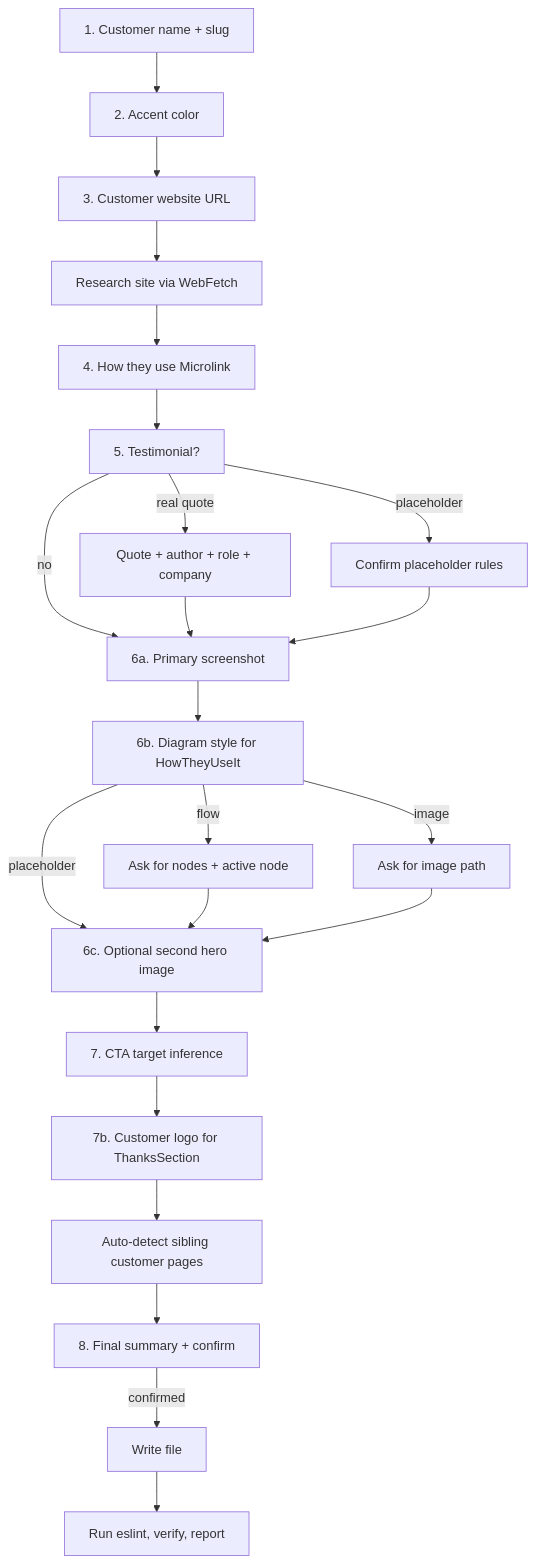
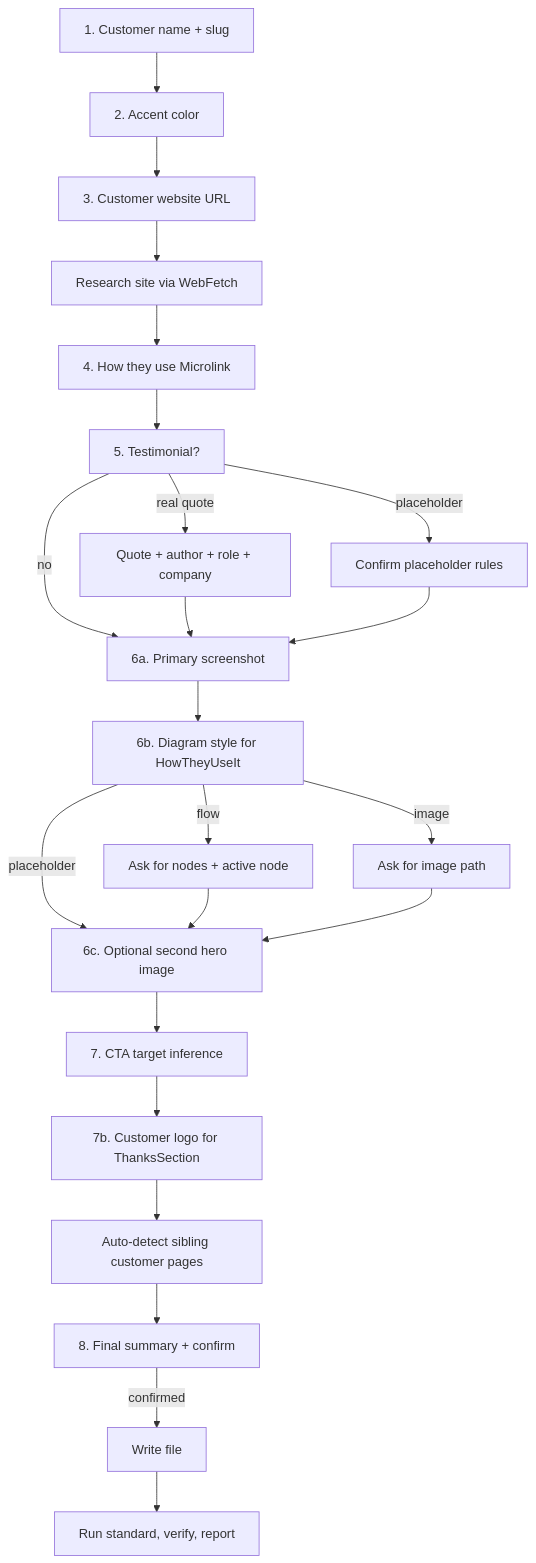
The diagram in .cursor/skills/customer-story/SKILL.md (microlinkhq/www), drawn with Mermaid before and after one commit. The commit also changed other lines of this file and 2 other files, not shown here.

````diff
--- a/.cursor/skills/customer-story/SKILL.md
+++ b/.cursor/skills/customer-story/SKILL.md
@@ -100,25 +100,25 @@
 ```mermaid
 flowchart TD
     Q1[1. Customer name + slug] --> Q2[2. Accent color]
     Q2 --> Q3[3. Customer website URL]
     Q3 --> R1["Research site via WebFetch"]
     R1 --> Q4[4. How they use Microlink]
     Q4 --> Q5["5. Testimonial?"]
     Q5 -->|real quote| Q5a[Quote + author + role + company]
     Q5 -->|placeholder| Q5b[Confirm placeholder rules]
     Q5 -->|no| Q6
     Q5a --> Q6
     Q5b --> Q6
     Q6[6a. Primary screenshot] --> Q6b[6b. Diagram style for HowTheyUseIt]
     Q6b -->|flow| Q6c[Ask for nodes + active node]
     Q6b -->|image| Q6d[Ask for image path]
     Q6b -->|placeholder| Q6e
     Q6c --> Q6e[6c. Optional second hero image]
     Q6d --> Q6e
     Q6e --> Q7[7. CTA target inference]
     Q7 --> Q7b[7b. Customer logo for ThanksSection]
     Q7b --> R2[Auto-detect sibling customer pages]
     R2 --> Q8[8. Final summary + confirm]
     Q8 -->|confirmed| W[Write file]
-    W --> V[Run eslint, verify, report]
+    W --> V[Run standard, verify, report]
 ```
````
